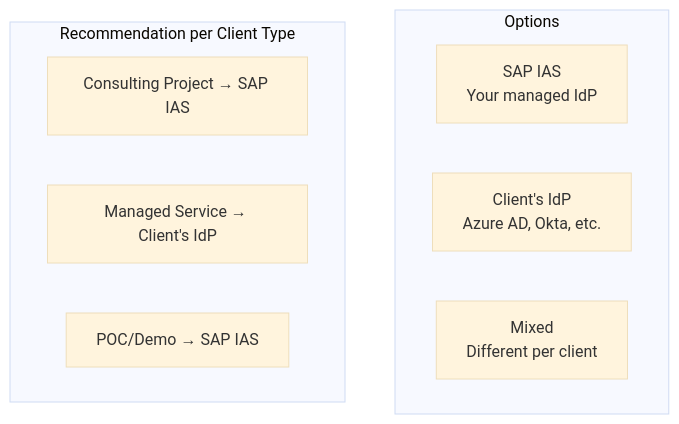
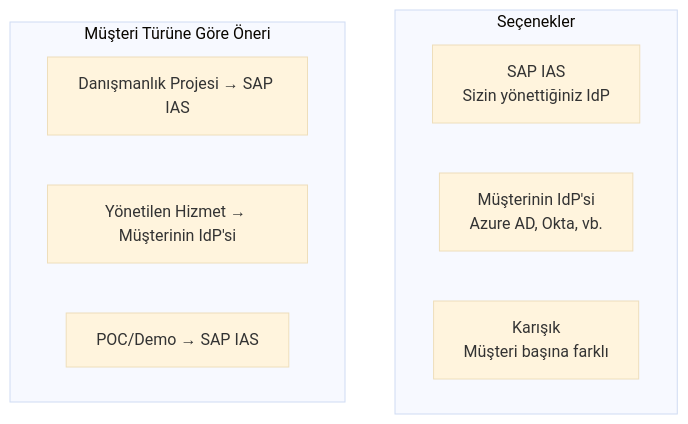
The fourth of 11 diagrams in Technical Tutorials/BTP/TR/chapters/12-multi-client-management.md (beyhanmeyrali/sap-all), drawn with Mermaid (base theme) before and after one commit. The commit also changed other lines of this file and 11 other files, not shown here.

````diff
--- a/Technical Tutorials/BTP/TR/chapters/12-multi-client-management.md
+++ b/Technical Tutorials/BTP/TR/chapters/12-multi-client-management.md
@@ -149,14 +149,14 @@
 ```mermaid
 graph TD
-    subgraph "Options"
-        O1[SAP IAS<br/>Your managed IdP]
-        O2[Client's IdP<br/>Azure AD, Okta, etc.]
-        O3[Mixed<br/>Different per client]
+    subgraph "Seçenekler"
+        O1[SAP IAS<br/>Sizin yönettiğiniz IdP]
+        O2[Müşterinin IdP'si<br/>Azure AD, Okta, vb.]
+        O3[Karışık<br/>Müşteri başına farklı]
     end
 
-    subgraph "Recommendation per Client Type"
-        R1[Consulting Project → SAP IAS]
-        R2[Managed Service → Client's IdP]
+    subgraph "Müşteri Türüne Göre Öneri"
+        R1[Danışmanlık Projesi → SAP IAS]
+        R2[Yönetilen Hizmet → Müşterinin IdP'si]
         R3[POC/Demo → SAP IAS]
     end
 ```
````
